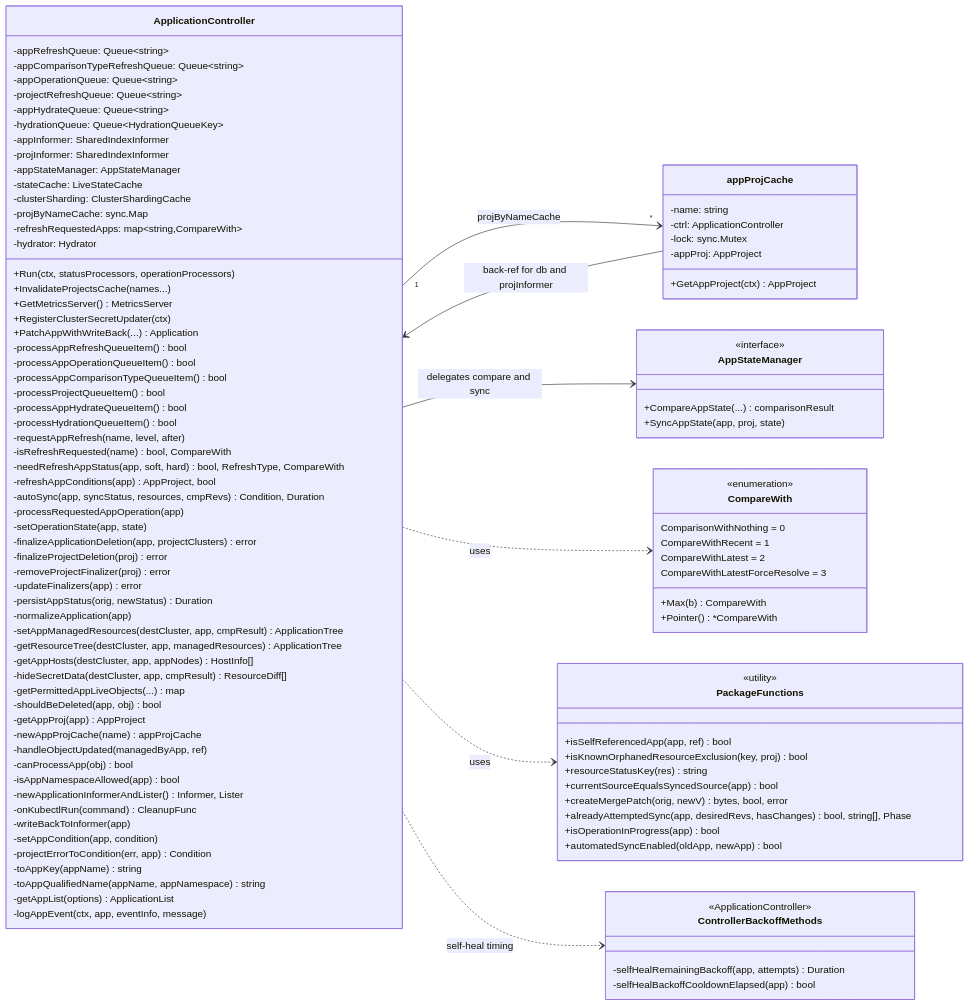
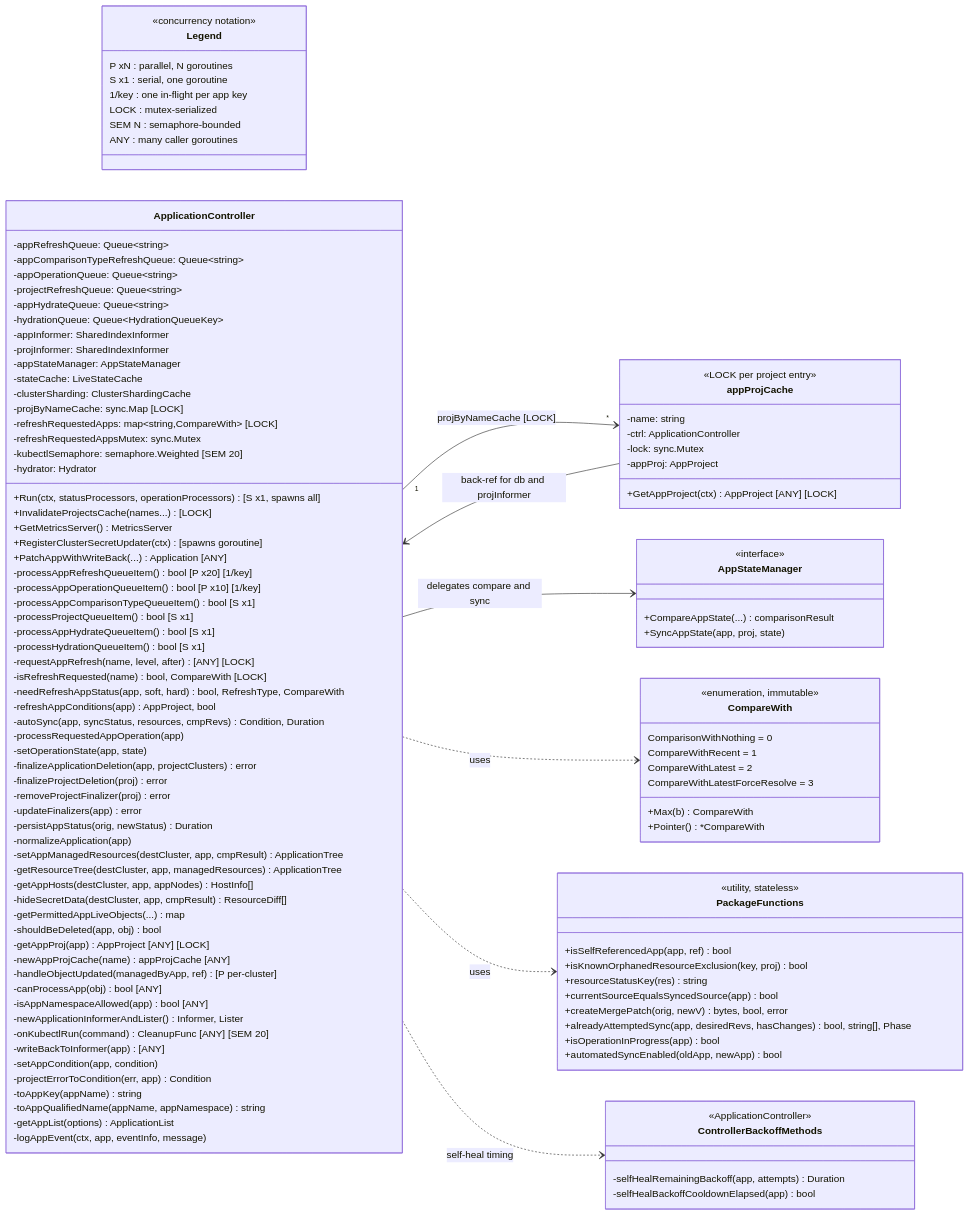
Before and after one commit to adityaraj178/argo-cd: the diagram in app_controller_uml/mmd/01-class-diagram.mmd, drawn with Mermaid. The commit also changed 32 other files, not shown here.

Commit message:
add series/parallel notation

```diff
--- a/app_controller_uml/mmd/01-class-diagram.mmd
+++ b/app_controller_uml/mmd/01-class-diagram.mmd
@@ -1,112 +1,125 @@
 classDiagram
     direction LR
+
+    class Legend {
+        <<concurrency notation>>
+        P xN : parallel, N goroutines
+        S x1 : serial, one goroutine
+        1/key : one in-flight per app key
+        LOCK : mutex-serialized
+        SEM N : semaphore-bounded
+        ANY : many caller goroutines
+    }
 
     class ApplicationController {
         -appRefreshQueue: Queue~string~
         -appComparisonTypeRefreshQueue: Queue~string~
         -appOperationQueue: Queue~string~
         -projectRefreshQueue: Queue~string~
         -appHydrateQueue: Queue~string~
         -hydrationQueue: Queue~HydrationQueueKey~
         -appInformer: SharedIndexInformer
         -projInformer: SharedIndexInformer
         -appStateManager: AppStateManager
         -stateCache: LiveStateCache
         -clusterSharding: ClusterShardingCache
-        -projByNameCache: sync.Map
-        -refreshRequestedApps: map~string,CompareWith~
+        -projByNameCache: sync.Map [LOCK]
+        -refreshRequestedApps: map~string,CompareWith~ [LOCK]
+        -refreshRequestedAppsMutex: sync.Mutex
+        -kubectlSemaphore: semaphore.Weighted [SEM 20]
         -hydrator: Hydrator
-        +Run(ctx, statusProcessors, operationProcessors)
-        +InvalidateProjectsCache(names...)
+        +Run(ctx, statusProcessors, operationProcessors) [S x1, spawns all]
+        +InvalidateProjectsCache(names...) [LOCK]
         +GetMetricsServer() MetricsServer
-        +RegisterClusterSecretUpdater(ctx)
-        +PatchAppWithWriteBack(...) Application
-        -processAppRefreshQueueItem() bool
-        -processAppOperationQueueItem() bool
-        -processAppComparisonTypeQueueItem() bool
-        -processProjectQueueItem() bool
-        -processAppHydrateQueueItem() bool
-        -processHydrationQueueItem() bool
-        -requestAppRefresh(name, level, after)
-        -isRefreshRequested(name) bool, CompareWith
+        +RegisterClusterSecretUpdater(ctx) [spawns goroutine]
+        +PatchAppWithWriteBack(...) Application [ANY]
+        -processAppRefreshQueueItem() bool [P x20] [1/key]
+        -processAppOperationQueueItem() bool [P x10] [1/key]
+        -processAppComparisonTypeQueueItem() bool [S x1]
+        -processProjectQueueItem() bool [S x1]
+        -processAppHydrateQueueItem() bool [S x1]
+        -processHydrationQueueItem() bool [S x1]
+        -requestAppRefresh(name, level, after) [ANY] [LOCK]
+        -isRefreshRequested(name) bool, CompareWith [LOCK]
         -needRefreshAppStatus(app, soft, hard) bool, RefreshType, CompareWith
         -refreshAppConditions(app) AppProject, bool
         -autoSync(app, syncStatus, resources, cmpRevs) Condition, Duration
         -processRequestedAppOperation(app)
         -setOperationState(app, state)
         -finalizeApplicationDeletion(app, projectClusters) error
         -finalizeProjectDeletion(proj) error
         -removeProjectFinalizer(proj) error
         -updateFinalizers(app) error
         -persistAppStatus(orig, newStatus) Duration
         -normalizeApplication(app)
         -setAppManagedResources(destCluster, app, cmpResult) ApplicationTree
         -getResourceTree(destCluster, app, managedResources) ApplicationTree
         -getAppHosts(destCluster, app, appNodes) HostInfo[]
         -hideSecretData(destCluster, app, cmpResult) ResourceDiff[]
         -getPermittedAppLiveObjects(...) map
         -shouldBeDeleted(app, obj) bool
-        -getAppProj(app) AppProject
-        -newAppProjCache(name) appProjCache
-        -handleObjectUpdated(managedByApp, ref)
-        -canProcessApp(obj) bool
-        -isAppNamespaceAllowed(app) bool
+        -getAppProj(app) AppProject [ANY] [LOCK]
+        -newAppProjCache(name) appProjCache [ANY]
+        -handleObjectUpdated(managedByApp, ref) [P per-cluster]
+        -canProcessApp(obj) bool [ANY]
+        -isAppNamespaceAllowed(app) bool [ANY]
         -newApplicationInformerAndLister() Informer, Lister
-        -onKubectlRun(command) CleanupFunc
-        -writeBackToInformer(app)
+        -onKubectlRun(command) CleanupFunc [ANY] [SEM 20]
+        -writeBackToInformer(app) [ANY]
         -setAppCondition(app, condition)
         -projectErrorToCondition(err, app) Condition
         -toAppKey(appName) string
         -toAppQualifiedName(appName, appNamespace) string
         -getAppList(options) ApplicationList
         -logAppEvent(ctx, app, eventInfo, message)
     }
 
     class appProjCache {
+        <<LOCK per project entry>>
         -name: string
         -ctrl: ApplicationController
         -lock: sync.Mutex
         -appProj: AppProject
-        +GetAppProject(ctx) AppProject
+        +GetAppProject(ctx) AppProject [ANY] [LOCK]
     }
 
     class CompareWith {
-        <<enumeration>>
+        <<enumeration, immutable>>
         ComparisonWithNothing = 0
         CompareWithRecent = 1
         CompareWithLatest = 2
         CompareWithLatestForceResolve = 3
         +Max(b) CompareWith
         +Pointer() *CompareWith
     }
 
     class PackageFunctions {
-        <<utility>>
+        <<utility, stateless>>
         +isSelfReferencedApp(app, ref) bool
         +isKnownOrphanedResourceExclusion(key, proj) bool
         +resourceStatusKey(res) string
         +currentSourceEqualsSyncedSource(app) bool
         +createMergePatch(orig, newV) bytes, bool, error
         +alreadyAttemptedSync(app, desiredRevs, hasChanges) bool, string[], Phase
         +isOperationInProgress(app) bool
         +automatedSyncEnabled(oldApp, newApp) bool
     }
 
     class ControllerBackoffMethods {
         <<ApplicationController>>
         -selfHealRemainingBackoff(app, attempts) Duration
         -selfHealBackoffCooldownElapsed(app) bool
     }
 
     class AppStateManager {
         <<interface>>
         +CompareAppState(...) comparisonResult
         +SyncAppState(app, proj, state)
     }
 
-    ApplicationController "1" --> "*" appProjCache : projByNameCache
+    ApplicationController "1" --> "*" appProjCache : projByNameCache [LOCK]
     appProjCache --> ApplicationController : back-ref for db and projInformer
     ApplicationController --> AppStateManager : delegates compare and sync
     ApplicationController ..> CompareWith : uses
     ApplicationController ..> PackageFunctions : uses
     ApplicationController ..> ControllerBackoffMethods : self-heal timing
```
